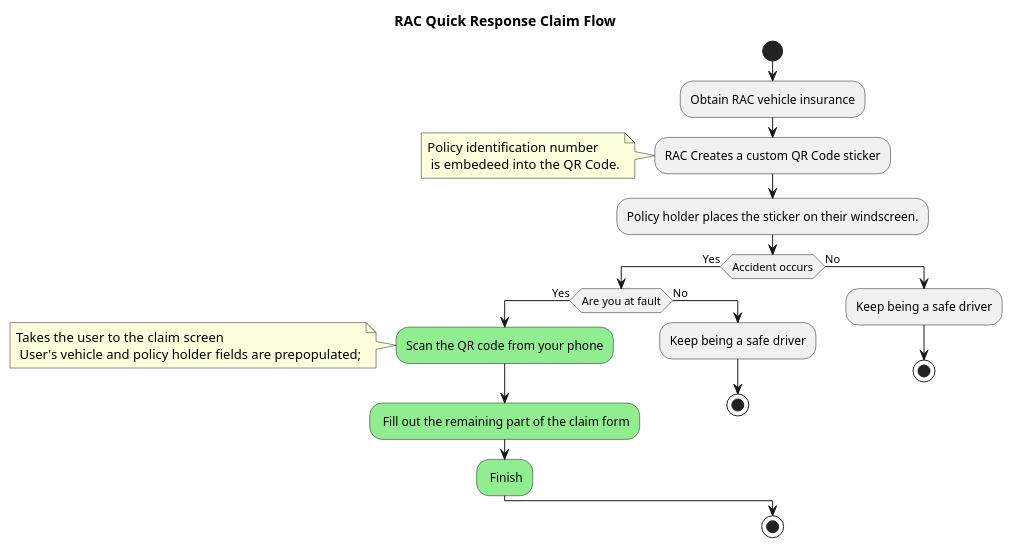
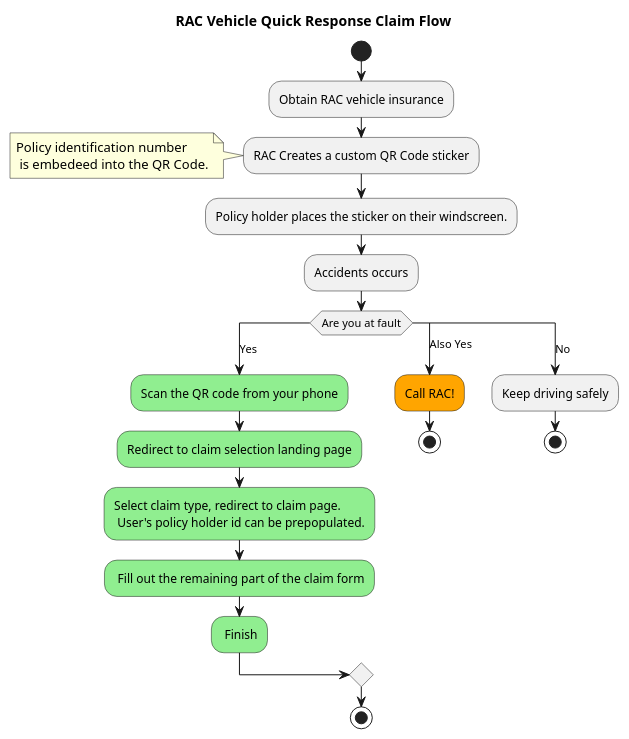
The diagram in documents/Diagrams/rac_quick_response_flow.plantuml (aaronrac/qrcodehackday), drawn with PlantUML before and after one commit. The commit also changed 1 other file, not shown here.

```diff
--- a/documents/Diagrams/rac_quick_response_flow.plantuml
+++ b/documents/Diagrams/rac_quick_response_flow.plantuml
@@ -1,42 +1,44 @@
 @startuml
 ' !theme materia
 
-title RAC Quick Response Claim Flow
+title RAC Vehicle Quick Response Claim Flow
 
 ' :Navigate to [[https://agreeable-hill-03062d410.2.azurestaticapps.net/]];
 
 start
-
 
 :Obtain RAC vehicle insurance;
 
 :RAC Creates a custom QR Code sticker;
 note left: Policy identification number \n is embedeed into the QR Code.
 
 :Policy holder places the sticker on their windscreen.;
 
-if (Accident occurs) then (Yes)
+:Accidents occurs;
 
-    if (Are you at fault) then (Yes)
+switch (Are you at fault)
+    case(Yes)
         #lightgreen :Scan the QR code from your phone;
-        note left: Takes the user to the claim screen \n User's vehicle and policy holder fields are prepopulated;
-    
+
+        #lightgreen :Redirect to claim selection landing page;
+
+        #lightgreen :Select claim type, redirect to claim page. \n User's policy holder id can be prepopulated.;
+
         #lightgreen: Fill out the remaining part of the claim form;
 
         #lightgreen: Finish;
+    case (Also Yes)
+        #orange :Call RAC!;
+        stop
+    case(No)
+        :Keep driving safely;
+        stop;
+endswitch
 
-    else (No)
-       :Keep being a safe driver;
-        stop
-    endif
 
-else (No)
-    :Keep being a safe driver;
-    stop
-endif
 
 
 
 stop
 
 @enduml
```
